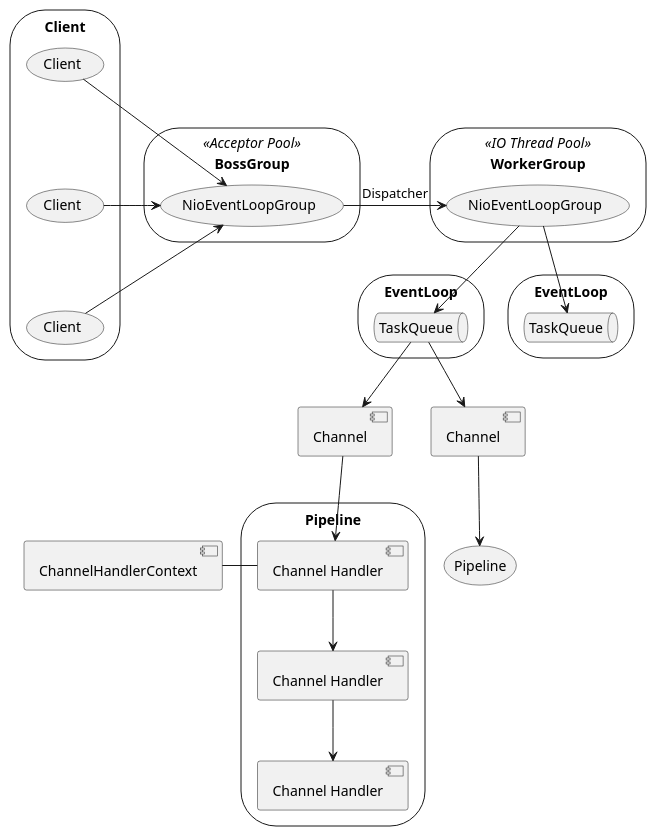
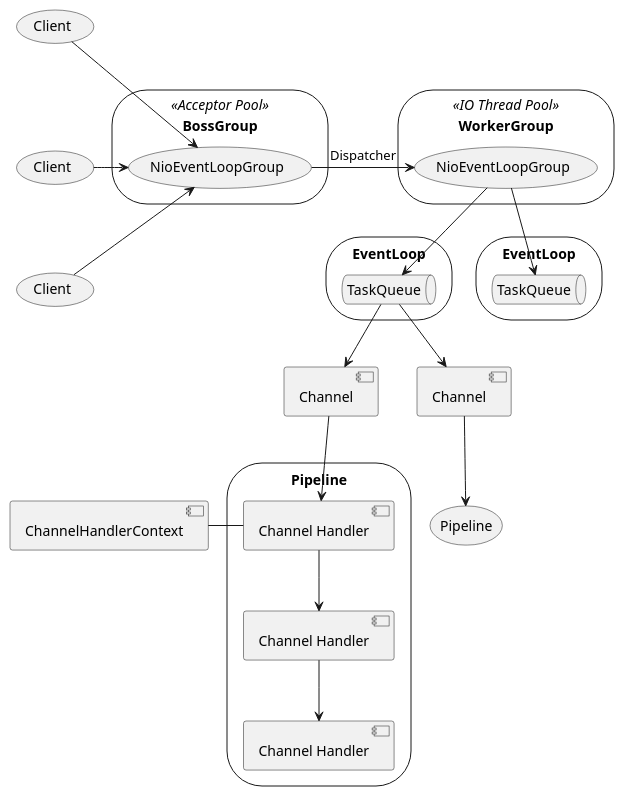
One commit to mengxianbin/cs-notes changed the diagram in Architecture/Netty/Reactor/Netty/Implementation.md. Above: the diagram before and after it, drawn with PlantUML. The commit also changed 16 other files, not shown here.

````diff
--- a/Architecture/Netty/Reactor/Netty/Implementation.md
+++ b/Architecture/Netty/Reactor/Netty/Implementation.md
@@ -1,63 +1,63 @@
 ```puml
 @startuml
 
 'left to right direction
 
-storage Client {
+'storage Client {
     (Client) as Client1
     (Client) as Client2
     (Client) as Client3
 
     Client1 -[hidden]- Client2
     Client2 -[hidden]- Client3
-}
+'}
 
 storage BossGroup <<Acceptor Pool>> {
     (NioEventLoopGroup) as NioEventLoopGroupBoss
 }
 
 storage WorkerGroup <<IO Thread Pool>> {
     (NioEventLoopGroup) as NioEventLoopGroupWorker
 }
 
 storage EventLoop as EventLoop1 {
     queue TaskQueue as TaskQueue1
 }
 
 storage EventLoop as EventLoop2 {
     queue TaskQueue as TaskQueue2
 }
 
-Client1 -> NioEventLoopGroupBoss
+Client1 -[norank]-> NioEventLoopGroupBoss
 Client2 -> NioEventLoopGroupBoss
 Client3 -[norank]-> NioEventLoopGroupBoss
 NioEventLoopGroupBoss -> NioEventLoopGroupWorker: Dispatcher
 NioEventLoopGroupWorker --> TaskQueue1
 NioEventLoopGroupWorker --> TaskQueue2
 
 component Channel as Channel1
 component Channel as Channel2
 
 TaskQueue1 --> Channel1
 TaskQueue1 --> Channel2
 
 storage Pipeline as Pipeline1 {
     [Channel Handler] as ChannelHandler1
     [Channel Handler] as ChannelHandler2
     [Channel Handler] as ChannelHandler3
 
     ChannelHandler1 --> ChannelHandler2
     ChannelHandler2 --> ChannelHandler3
 }
 
 storage Pipeline as Pipeline2 {
 
 }
 
 Channel1 --> ChannelHandler1
 Channel2 --> Pipeline2
 
 ChannelHandler1 -left- [ChannelHandlerContext]
 
 @enduml
 ```
````
